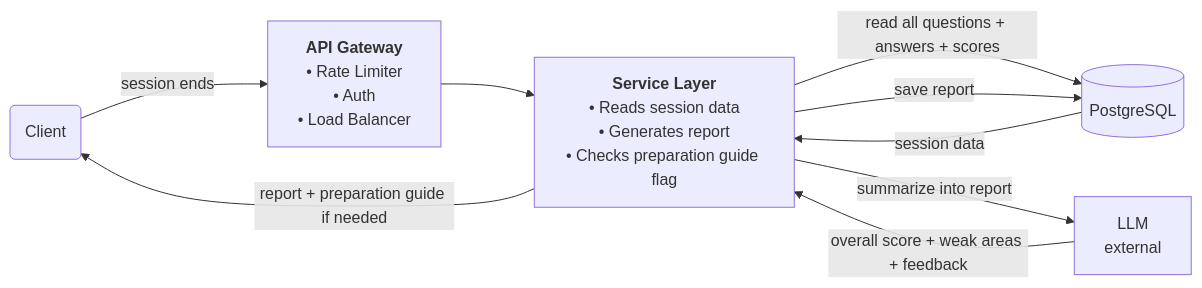
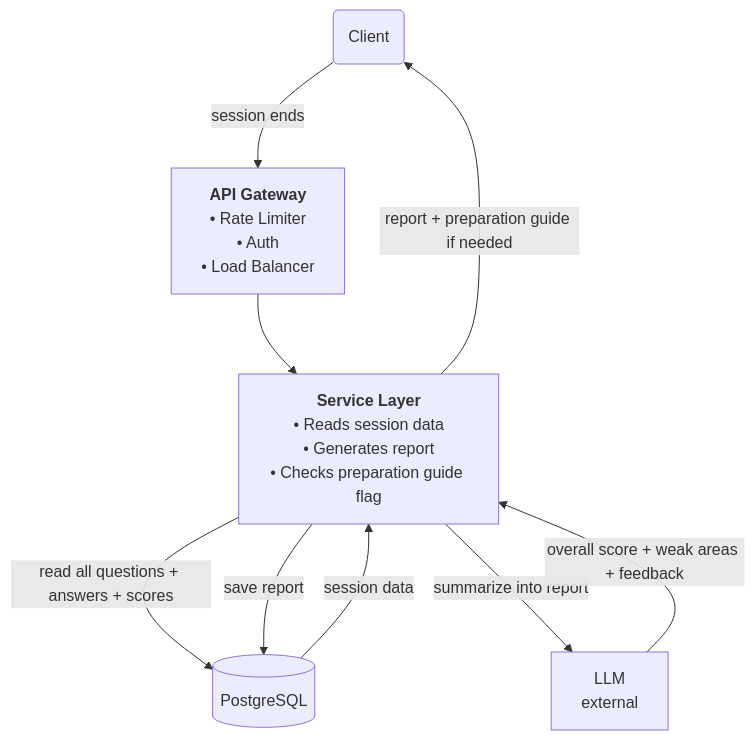
One commit to shivam-tamboli/GrillMyProject changed the fourth of 4 diagrams in SYSTEM_DESIGN.md. Above: the diagram before and after it, drawn with Mermaid. The commit also changed other lines of this file, not shown here.

Commit message:
fix diagram direction to TD for cleaner layout

````diff
--- a/SYSTEM_DESIGN.md
+++ b/SYSTEM_DESIGN.md
@@ -432,18 +432,18 @@
 ```mermaid
 %%{init: {'flowchart': {'nodeSpacing': 50, 'rankSpacing': 80}}}%%
-flowchart LR
+flowchart TD
     Client(Client)
     GW["<b>API Gateway</b><br/>• Rate Limiter<br/>• Auth<br/>• Load Balancer"]
     SVC["<b>Service Layer</b><br/>• Reads session data<br/>• Generates report<br/>• Checks preparation guide flag"]
     LLM["LLM<br/>external"]
     PG[(PostgreSQL)]
 
     Client -->|session ends| GW
     GW --> SVC
     SVC -->|read all questions + answers + scores| PG
     PG -->|session data| SVC
     SVC -->|summarize into report| LLM
     LLM -->|overall score + weak areas + feedback| SVC
     SVC -->|save report| PG
     SVC -->|report + preparation guide if needed| Client
 ```
````
